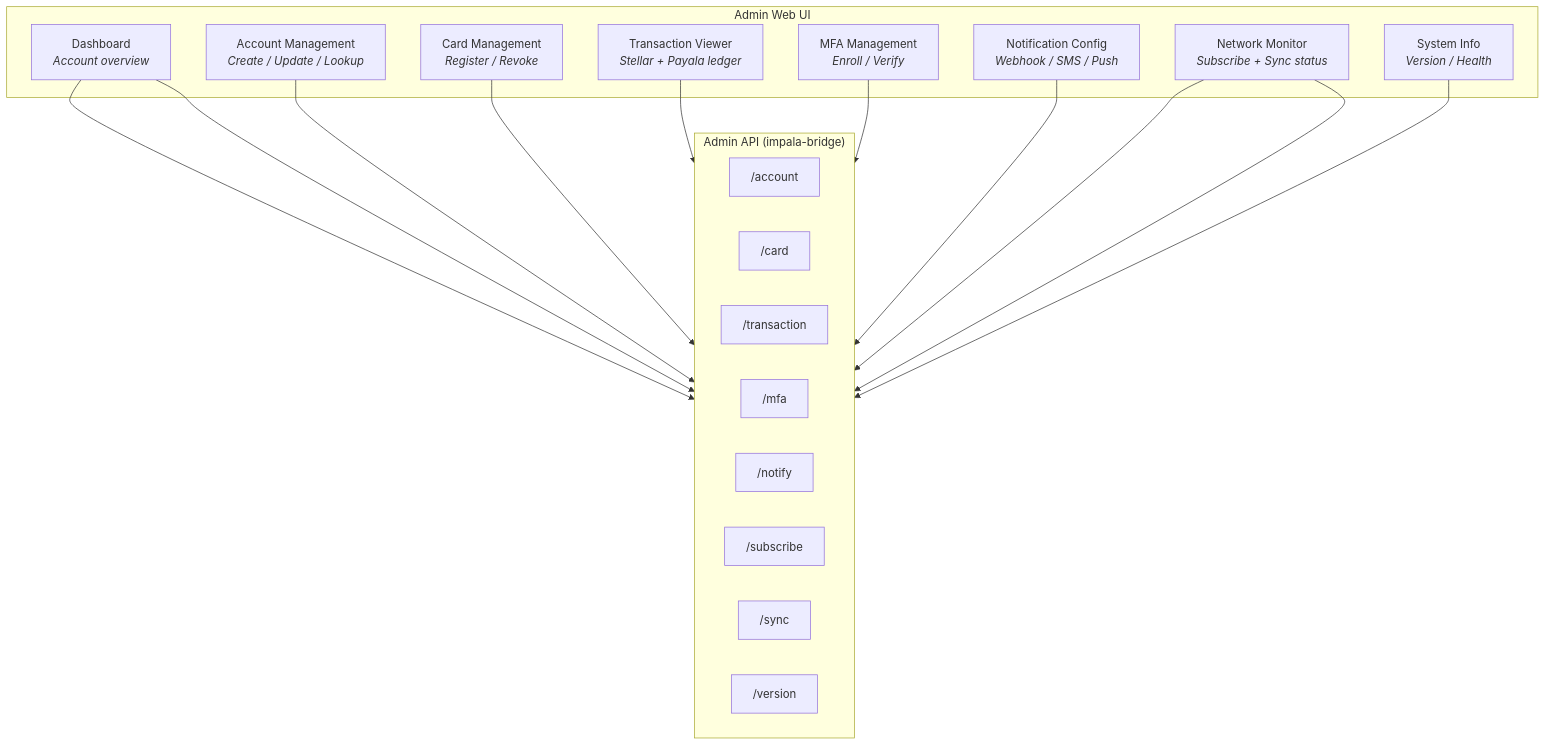
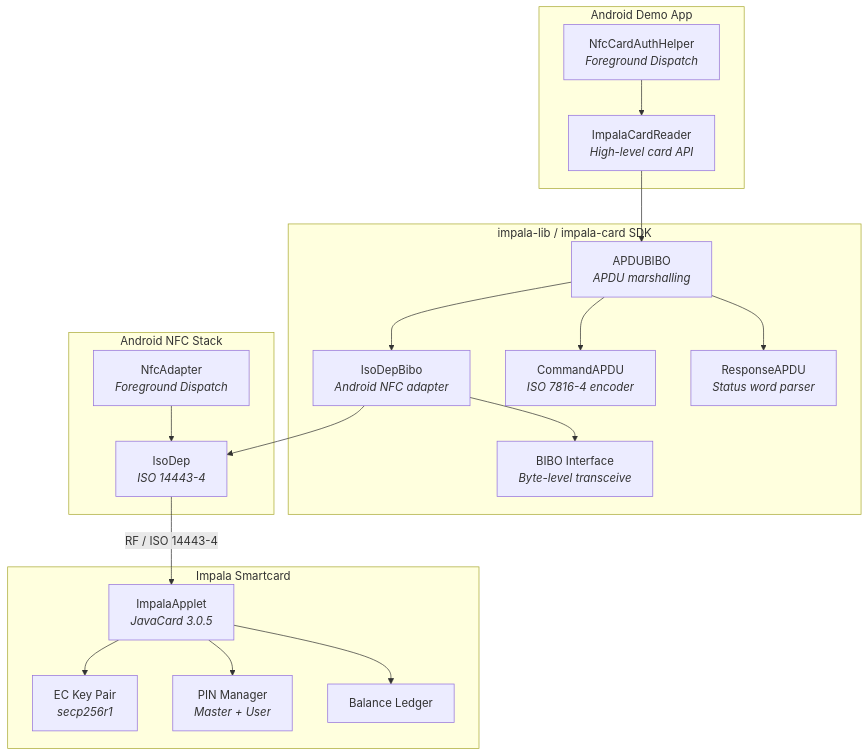
Before and after one commit to Financial-Empowerment-Partners/impala: the sixth of 11 diagrams in ARCHITECTURE.md, drawn with Mermaid. The commit also changed other lines of this file and 1 other file, not shown here.

````diff
--- a/ARCHITECTURE.md
+++ b/ARCHITECTURE.md
@@ -403,36 +468,41 @@
 ```mermaid
 graph TB
-    subgraph AdminUI["Admin Web UI"]
-        Dashboard["Dashboard<br/><i>Account overview</i>"]
-        AcctMgmt["Account Management<br/><i>Create / Update / Lookup</i>"]
-        CardMgmt["Card Management<br/><i>Register / Revoke</i>"]
-        TxView["Transaction Viewer<br/><i>Stellar + Payala ledger</i>"]
-        MfaMgmt["MFA Management<br/><i>Enroll / Verify</i>"]
-        NotifyMgmt["Notification Config<br/><i>Webhook / SMS / Push</i>"]
-        NetMon["Network Monitor<br/><i>Subscribe + Sync status</i>"]
-        SysInfo["System Info<br/><i>Version / Health</i>"]
+    subgraph AndroidApp["Android Demo App"]
+        NfcHelper["NfcCardAuthHelper<br/><i>Foreground Dispatch</i>"]
+        Reader["ImpalaCardReader<br/><i>High-level card API</i>"]
     end
 
-    subgraph AdminAPI["Admin API &lpar;impala-bridge&rpar;"]
-        direction LR
-        EP_Acc["/account"]
-        EP_Card["/card"]
-        EP_Tx["/transaction"]
-        EP_Mfa["/mfa"]
-        EP_Notify["/notify"]
-        EP_Sub["/subscribe"]
-        EP_Sync["/sync"]
-        EP_Ver["/version"]
+    subgraph PortedSDK["impala-lib / impala-card SDK"]
+        APDUBIBO["APDUBIBO<br/><i>APDU marshalling</i>"]
+        IsoDepBibo["IsoDepBibo<br/><i>Android NFC adapter</i>"]
+        CmdAPDU["CommandAPDU<br/><i>ISO 7816-4 encoder</i>"]
+        RspAPDU["ResponseAPDU<br/><i>Status word parser</i>"]
+        BIBO["BIBO Interface<br/><i>Byte-level transceive</i>"]
     end
 
-    Dashboard --> EP_Acc
-    Dashboard --> EP_Ver
-    AcctMgmt --> EP_Acc
-    CardMgmt --> EP_Card
-    TxView --> EP_Tx
-    MfaMgmt --> EP_Mfa
-    NotifyMgmt --> EP_Notify
-    NetMon --> EP_Sub
-    NetMon --> EP_Sync
-    SysInfo --> EP_Ver
+    subgraph NFC["Android NFC Stack"]
+        IsoDep["IsoDep<br/><i>ISO 14443-4</i>"]
+        NfcAdapter["NfcAdapter<br/><i>Foreground Dispatch</i>"]
+    end
+
+    subgraph Card["Impala Smartcard"]
+        Applet["ImpalaApplet<br/><i>JavaCard 3.0.5</i>"]
+        ECKey["EC Key Pair<br/><i>secp256r1</i>"]
+        PINMgr["PIN Manager<br/><i>Master + User</i>"]
+        Balance["Balance Ledger"]
+    end
+
+    NfcHelper --> Reader
+    Reader --> APDUBIBO
+    APDUBIBO --> CmdAPDU
+    APDUBIBO --> RspAPDU
+    APDUBIBO --> IsoDepBibo
+    IsoDepBibo --> BIBO
+    IsoDepBibo --> IsoDep
+    IsoDep -->|"RF / ISO 14443-4"| Applet
+    NfcAdapter --> IsoDep
+
+    Applet --> ECKey
+    Applet --> PINMgr
+    Applet --> Balance
 ```
````
